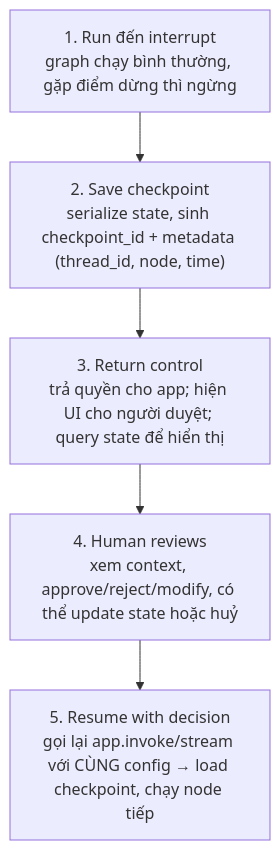
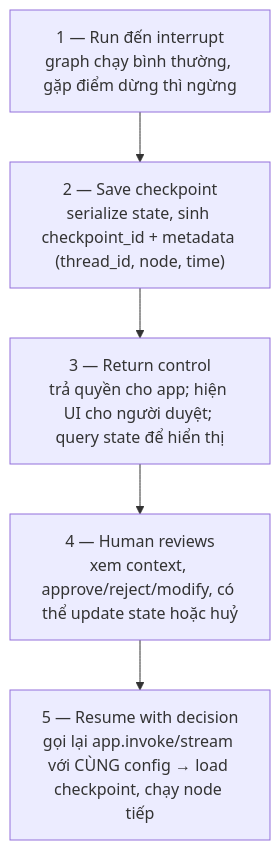
One commit to phanminhtai1029/obsidian-knowledge-base changed the diagram in 04-AI/04-LangGraph-Agentic/05-Human-in-the-Loop-Persistence.md. Above: the diagram before and after it, drawn with Mermaid. The commit also changed 5 other files, not shown here.

First line of the commit message:
Fix sơ đồ Mermaid: bỏ nhãn dạng "số." gây lỗi "Unsupported markdown: list" trên Obsidian

````diff
--- a/04-AI/04-LangGraph-Agentic/05-Human-in-the-Loop-Persistence.md
+++ b/04-AI/04-LangGraph-Agentic/05-Human-in-the-Loop-Persistence.md
@@ -70,9 +70,9 @@
 ```mermaid
 flowchart TD
-    S1["1. Run đến interrupt<br/>graph chạy bình thường, gặp điểm dừng thì ngừng"]
-    S2["2. Save checkpoint<br/>serialize state, sinh checkpoint_id + metadata (thread_id, node, time)"]
-    S3["3. Return control<br/>trả quyền cho app; hiện UI cho người duyệt; query state để hiển thị"]
-    S4["4. Human reviews<br/>xem context, approve/reject/modify, có thể update state hoặc huỷ"]
-    S5["5. Resume with decision<br/>gọi lại app.invoke/stream với CÙNG config → load checkpoint, chạy node tiếp"]
+    S1["1 — Run đến interrupt<br/>graph chạy bình thường, gặp điểm dừng thì ngừng"]
+    S2["2 — Save checkpoint<br/>serialize state, sinh checkpoint_id + metadata (thread_id, node, time)"]
+    S3["3 — Return control<br/>trả quyền cho app; hiện UI cho người duyệt; query state để hiển thị"]
+    S4["4 — Human reviews<br/>xem context, approve/reject/modify, có thể update state hoặc huỷ"]
+    S5["5 — Resume with decision<br/>gọi lại app.invoke/stream với CÙNG config → load checkpoint, chạy node tiếp"]
     S1 --> S2 --> S3 --> S4 --> S5
 ```
````
